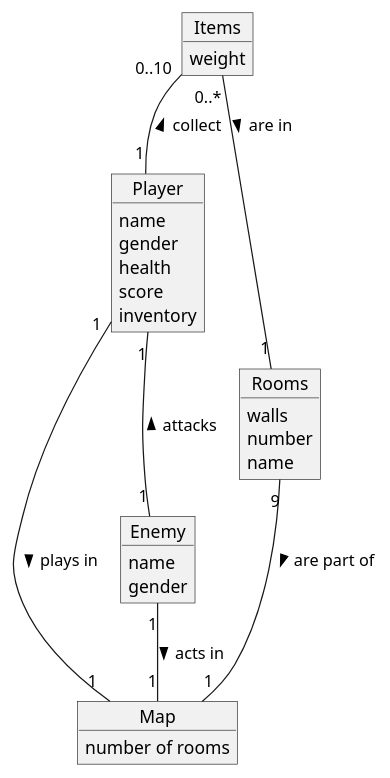
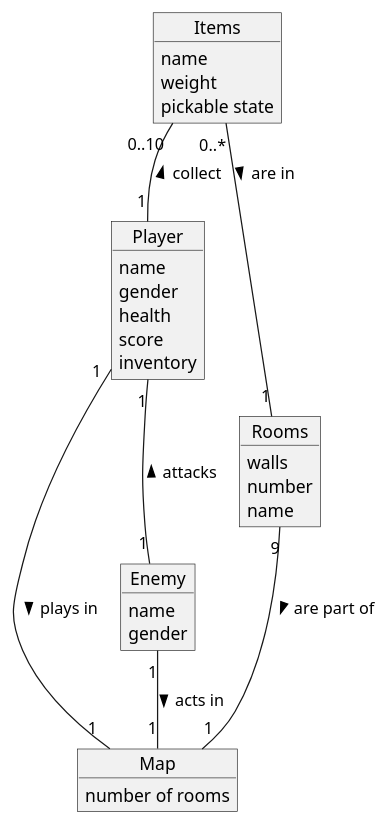
The diagram in docs/uml/DomainModel.plantuml (nardib/TextAdventure), drawn with PlantUML before and after one commit. The commit also changed 10 other files, not shown here.

Commit message:
updated diagrams

```diff
--- a/docs/uml/DomainModel.plantuml
+++ b/docs/uml/DomainModel.plantuml
@@ -1,34 +1,36 @@
 @startuml DomainModel
 
     object Player{
         name
         gender
         health
         score
         inventory
     }
 
     object Map{
         number of rooms
     }
     object Rooms{
         walls
         number
         name
     }
     object Enemy{
         name
         gender
     }
     object Items{
+        name
         weight
+        pickable state
     }
 
     Player "1" -- "1" Enemy : attacks < 
     Rooms "9" -- "1" Map : are part of >
     Items "0..10" -- "1" Player : collect <
     Enemy "1" -- "1" Map : acts in >
     Player "1" -- "1" Map : plays in >
     Items "0..*" -- "1" Rooms : are in >
 
 @enduml
```
